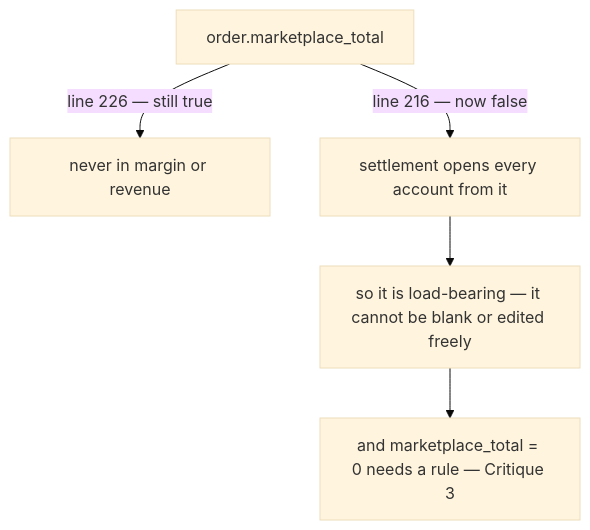
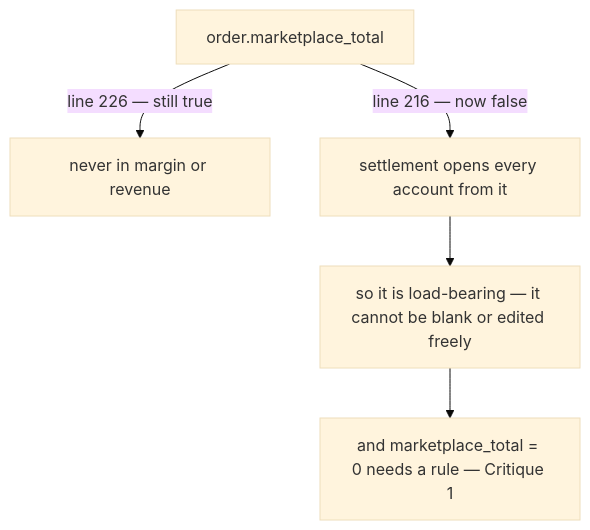
The fourth of 6 diagrams in docs/business/settlement/context_clarify.md (pdcgo/warehouse_revamp), drawn with Mermaid (base theme) before and after one commit. The commit also changed other lines of this file and 221 other files, not shown here.

````diff
--- a/docs/business/settlement/context_clarify.md
+++ b/docs/business/settlement/context_clarify.md
@@ -358,8 +441,8 @@
 ```mermaid
 flowchart TB
   M["order.marketplace_total"]
   M -->|"line 226 — still true"| X["never in margin or revenue"]
   M -->|"line 216 — now false"| Y["settlement opens every account from it"]
   Y --> Z["so it is load-bearing — it cannot be blank or edited freely"]
-  Z --> Q["and marketplace_total = 0 needs a rule — Critique 3"]
+  Z --> Q["and marketplace_total = 0 needs a rule — Critique 1"]
 ```
````
